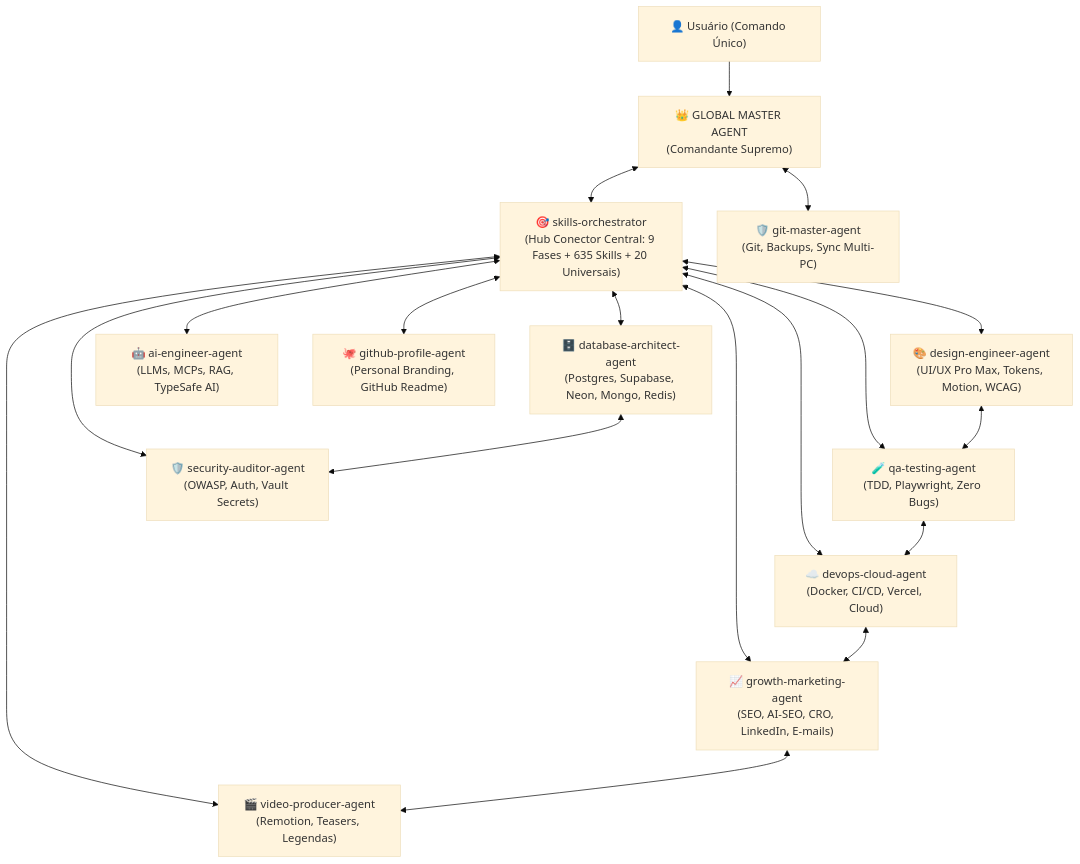
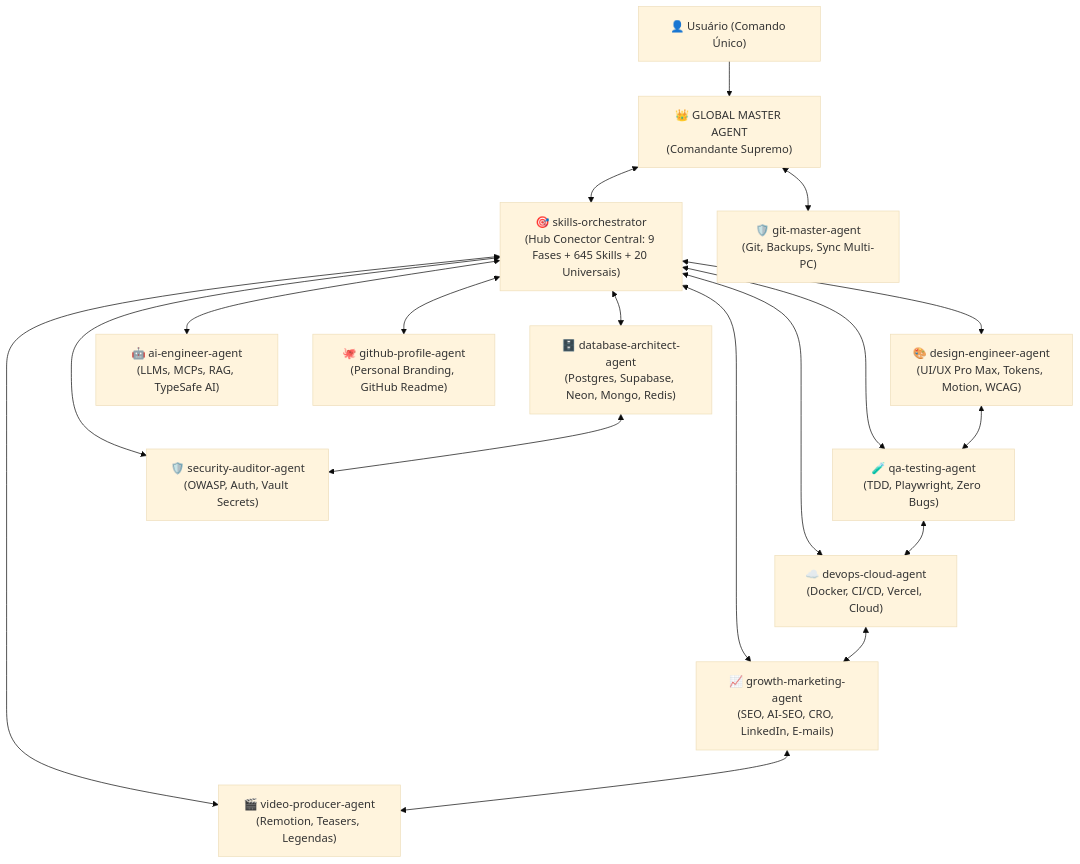
The diagram in custom-agents/global-master-agent/SKILL.md (Henrique1601/SkiilsToIAs), drawn with Mermaid (base theme) before and after one commit. The commit also changed other lines of this file and 74 other files, not shown here.

````diff
--- a/custom-agents/global-master-agent/SKILL.md
+++ b/custom-agents/global-master-agent/SKILL.md
@@ -66,23 +66,23 @@
 ```mermaid
 flowchart TD
     User["👤 Usuário (Comando Único)"] --> GMA["👑 GLOBAL MASTER AGENT<br/>(Comandante Supremo)"]
     
-    GMA <--> ORCH["🎯 skills-orchestrator<br/>(Hub Conector Central: 9 Fases + 635 Skills + 20 Universais)"]
+    GMA <--> ORCH["🎯 skills-orchestrator<br/>(Hub Conector Central: 9 Fases + 645 Skills + 20 Universais)"]
     GMA <--> GIT["🛡️ git-master-agent<br/>(Git, Backups, Sync Multi-PC)"]
 
     ORCH <--> UI["🎨 design-engineer-agent<br/>(UI/UX Pro Max, Tokens, Motion, WCAG)"]
     ORCH <--> DB["🗄️ database-architect-agent<br/>(Postgres, Supabase, Neon, Mongo, Redis)"]
     ORCH <--> AI["🤖 ai-engineer-agent<br/>(LLMs, MCPs, RAG, TypeSafe AI)"]
     ORCH <--> QA["🧪 qa-testing-agent<br/>(TDD, Playwright, Zero Bugs)"]
     ORCH <--> SEC["🛡️ security-auditor-agent<br/>(OWASP, Auth, Vault Secrets)"]
     ORCH <--> CLOUD["☁️ devops-cloud-agent<br/>(Docker, CI/CD, Vercel, Cloud)"]
     ORCH <--> GROWTH["📈 growth-marketing-agent<br/>(SEO, AI-SEO, CRO, LinkedIn, E-mails)"]
     ORCH <--> VIDEO["🎬 video-producer-agent<br/>(Remotion, Teasers, Legendas)"]
     ORCH <--> PROFILE["🐙 github-profile-agent<br/>(Personal Branding, GitHub Readme)"]
 
     DB <--> SEC
     UI <--> QA
     QA <--> CLOUD
     CLOUD <--> GROWTH
     GROWTH <--> VIDEO
 ```
````
